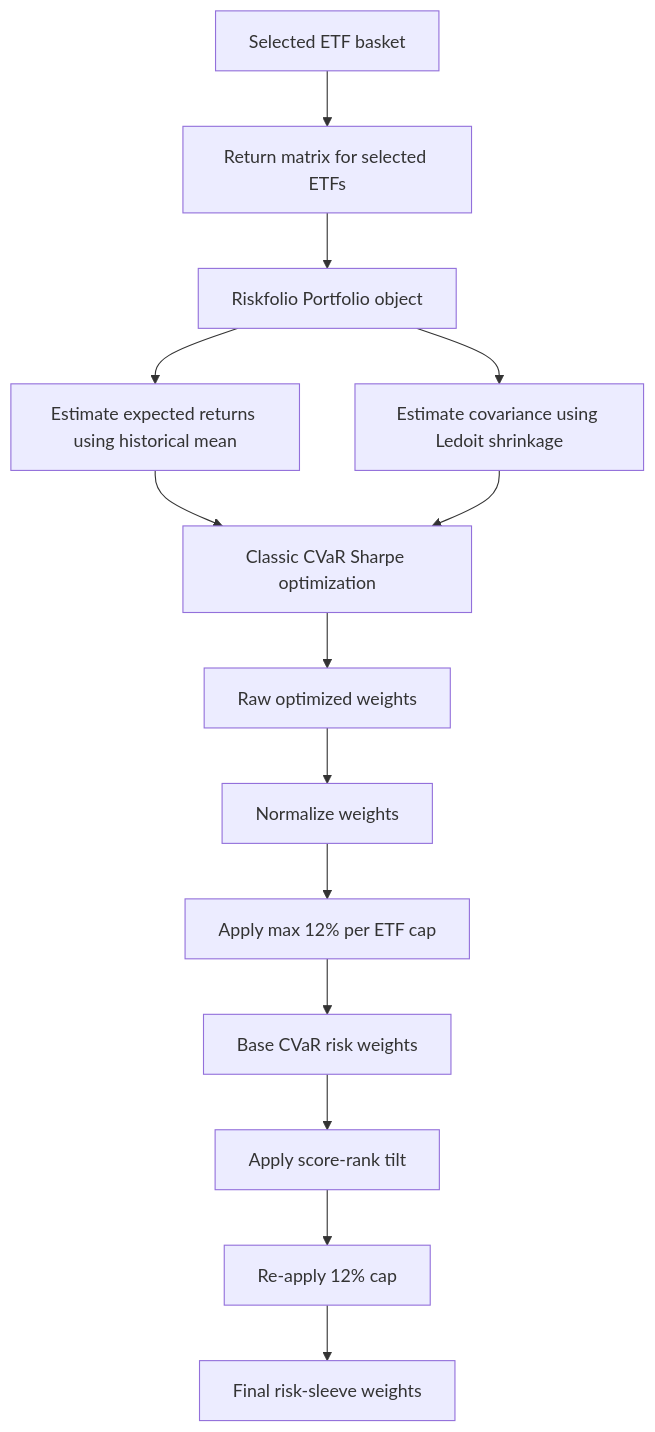
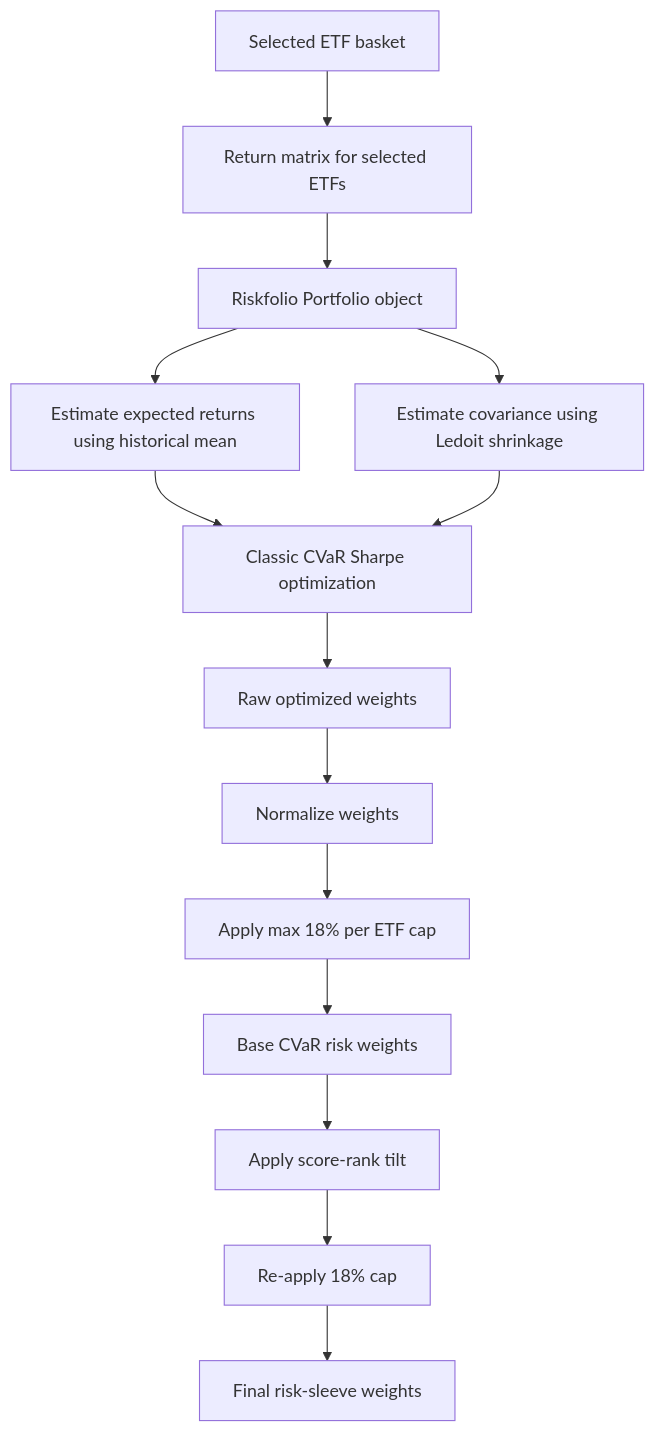
One commit to rohanptl/Gemini-riskfolio-lib changed the eighth of 14 diagrams in README.md. Above: the diagram before and after it, drawn with Mermaid. The commit also changed other lines of this file and 3 other files, not shown here.

````diff
--- a/README.md
+++ b/README.md
@@ -683,20 +683,20 @@
 ```mermaid
 flowchart TD
     A[Selected ETF basket] --> B[Return matrix for selected ETFs]
     B --> C[Riskfolio Portfolio object]
 
     C --> D[Estimate expected returns using historical mean]
     C --> E[Estimate covariance using Ledoit shrinkage]
 
     D --> F[Classic CVaR Sharpe optimization]
     E --> F
 
     F --> G[Raw optimized weights]
     G --> H[Normalize weights]
-    H --> I[Apply max 12% per ETF cap]
+    H --> I[Apply max 18% per ETF cap]
     I --> J[Base CVaR risk weights]
 
     J --> K[Apply score-rank tilt]
-    K --> L[Re-apply 12% cap]
+    K --> L[Re-apply 18% cap]
     L --> M[Final risk-sleeve weights]
 ```
````
